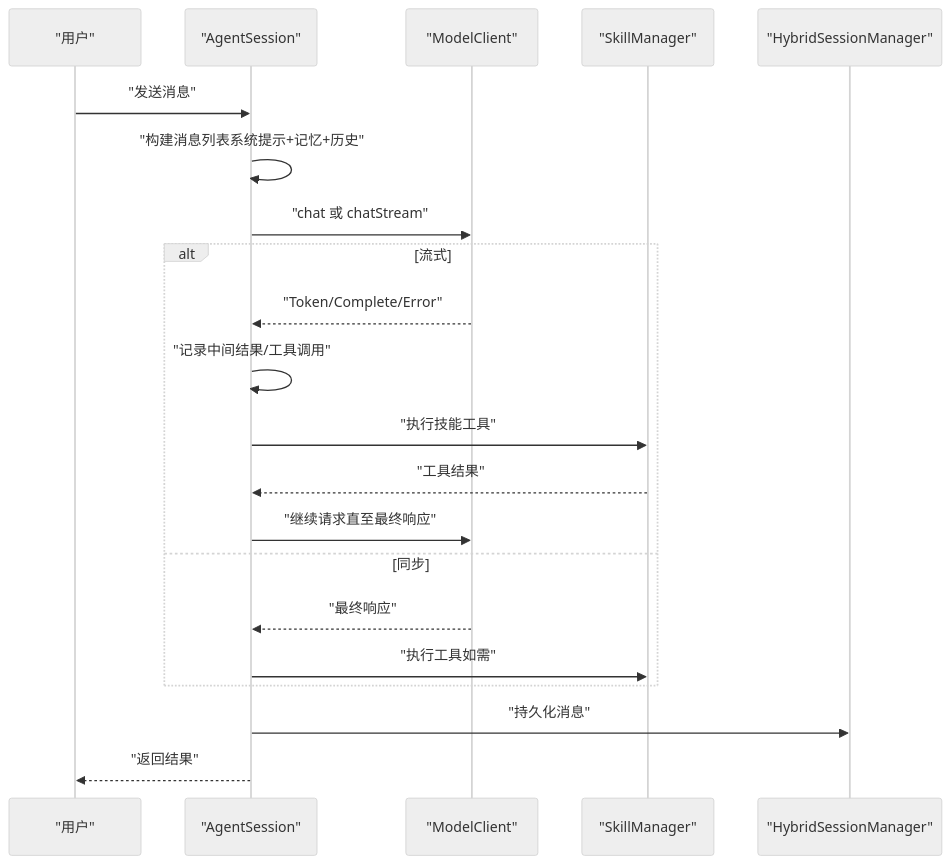
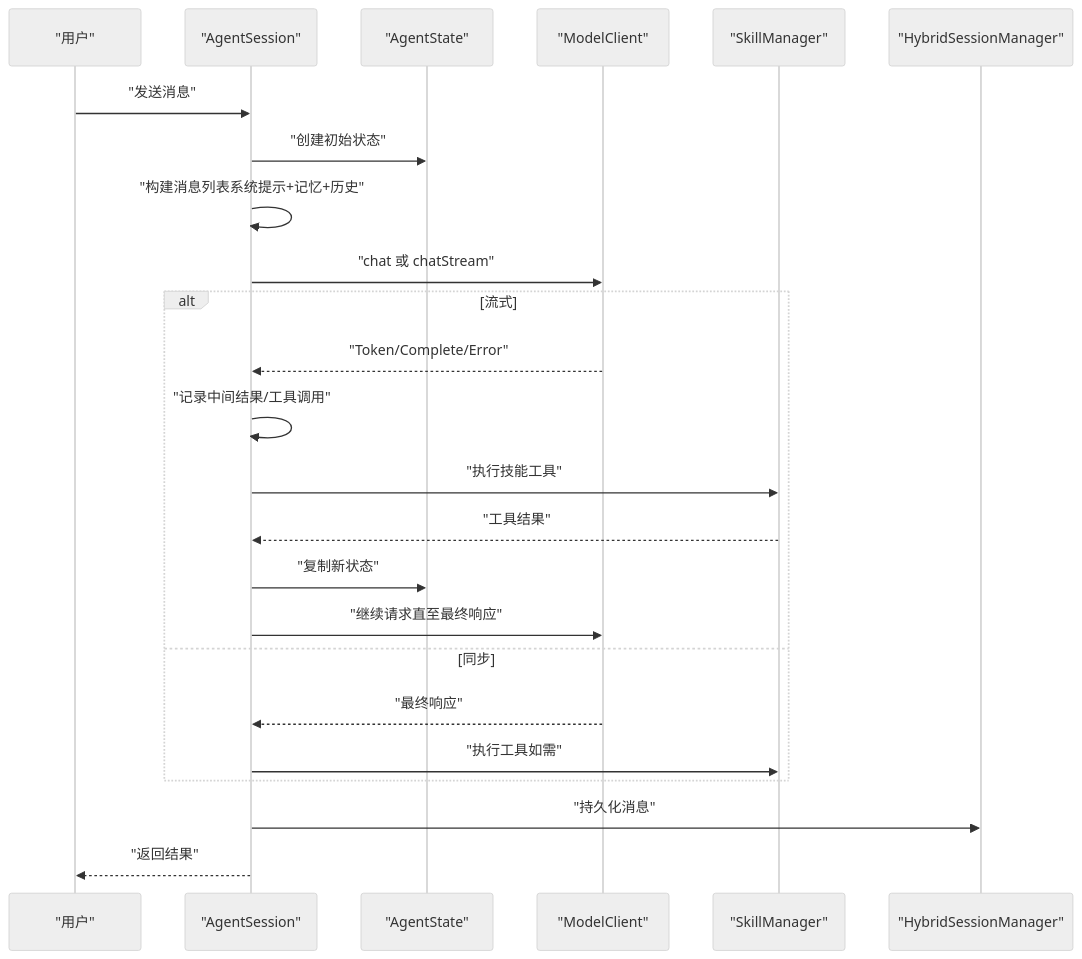
One commit to guuyn/OpenClaw-Android changed the second of 10 diagrams in .qoder/repowiki/zh/content/核心模块/AI对话系统/AgentSession核心实现.md. Above: the diagram before and after it, drawn with Mermaid (neutral theme). The commit also changed other lines of this file and 4 other files, not shown here.

````diff
--- a/.qoder/repowiki/zh/content/核心模块/AI对话系统/AgentSession核心实现.md
+++ b/.qoder/repowiki/zh/content/核心模块/AI对话系统/AgentSession核心实现.md
@@ -104,23 +115,26 @@
 ```mermaid
 sequenceDiagram
 participant U as "用户"
 participant AS as "AgentSession"
+participant GS as "AgentState"
 participant MC as "ModelClient"
 participant SM as "SkillManager"
 participant HSM as "HybridSessionManager"
 U->>AS : "发送消息"
+AS->>GS : "创建初始状态"
 AS->>AS : "构建消息列表系统提示+记忆+历史"
 AS->>MC : "chat 或 chatStream"
 alt 流式
 MC-->>AS : "Token/Complete/Error"
 AS->>AS : "记录中间结果/工具调用"
 AS->>SM : "执行技能工具"
 SM-->>AS : "工具结果"
+AS->>GS : "复制新状态"
 AS->>MC : "继续请求直至最终响应"
 else 同步
 MC-->>AS : "最终响应"
 AS->>SM : "执行工具如需"
 end
 AS->>HSM : "持久化消息"
 AS-->>U : "返回结果"
 ```
````
